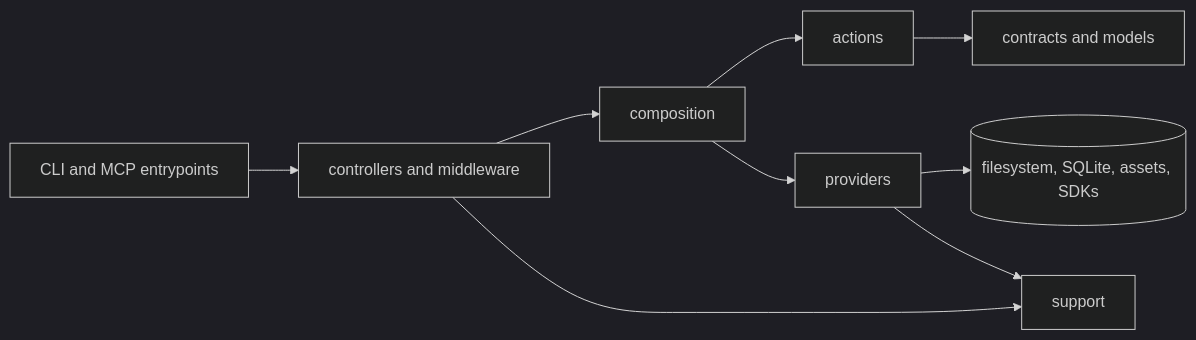
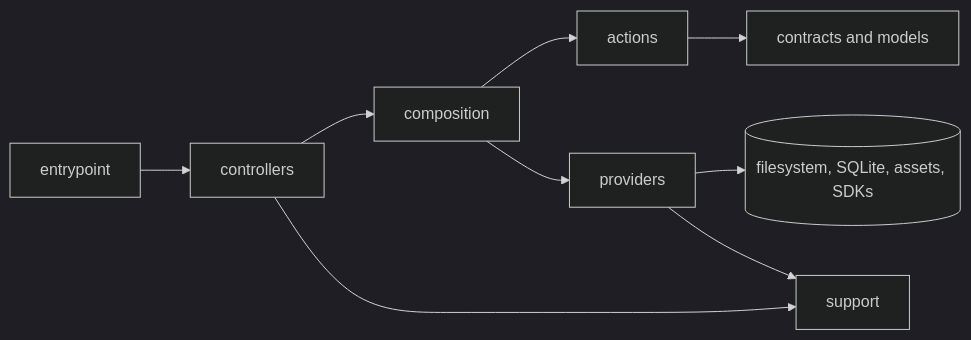
The diagram in docs/development/directory-structure.md (konteks/cli), drawn with Mermaid (dark theme) before and after one commit. The commit also changed other lines of this file, not shown here.

````diff
--- a/docs/development/directory-structure.md
+++ b/docs/development/directory-structure.md
@@ -37,11 +37,11 @@
 ```mermaid
 graph LR
-    E[CLI and MCP entrypoints] --> C[controllers and middleware]
+    E[entrypoint] --> C[controllers]
     C --> X[composition]
     X --> A[actions]
     A --> K[contracts and models]
     X --> P[providers]
     P --> R[(filesystem, SQLite, assets, SDKs)]
     C --> S[support]
     P --> S
 ```
````
